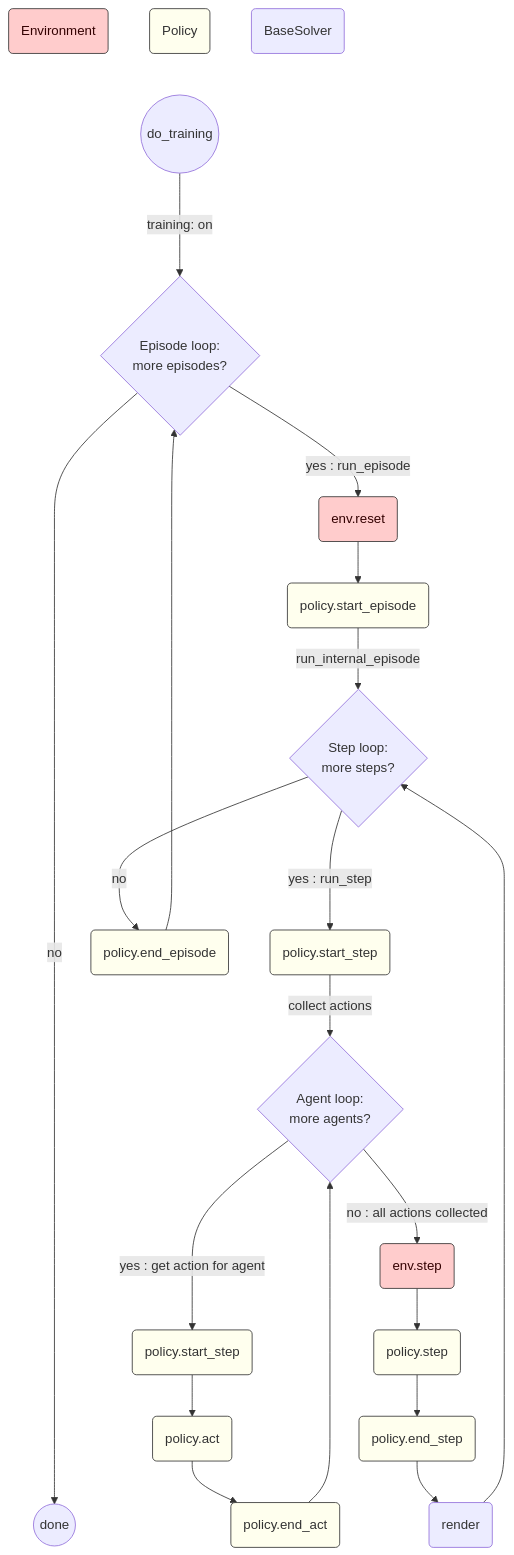
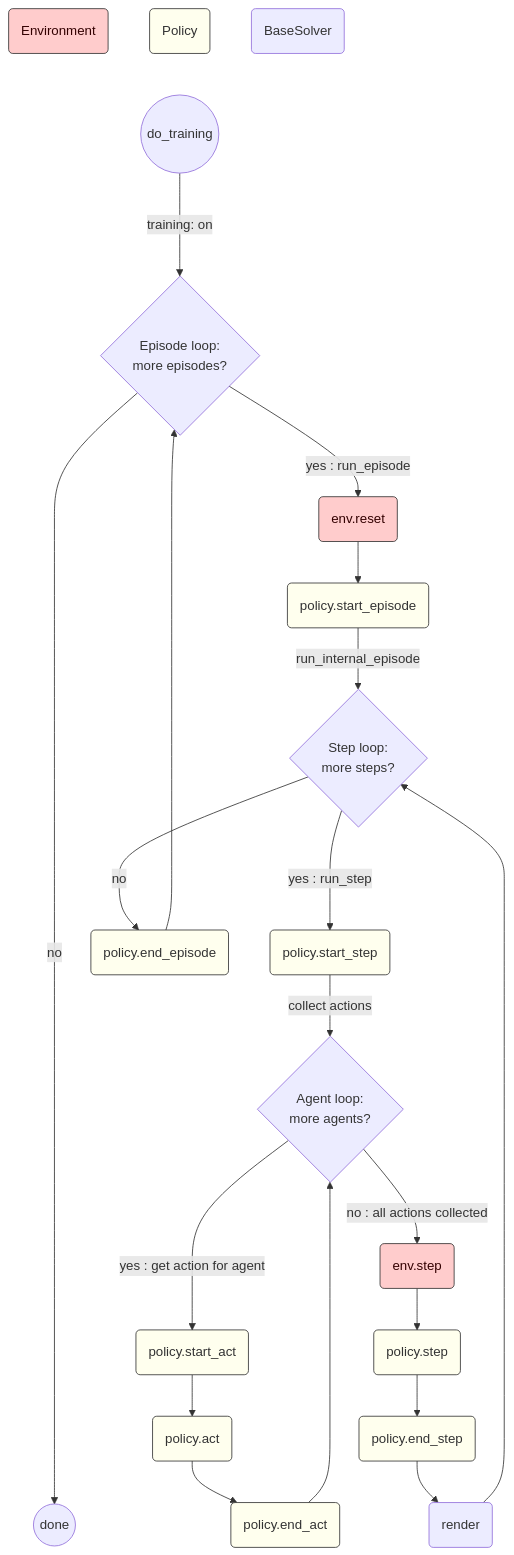
Before and after one commit to aiAdrian/flatland_solver_policy: the third of 3 diagrams in README.md, drawn with Mermaid.

````diff
--- a/README.md
+++ b/README.md
@@ -115,42 +115,42 @@
 ```mermaid
 flowchart TD
     Env(Environment)
     Policy(Policy)
     Solver(BaseSolver)
     Policy ~~~ Root
     Root((do_training))
     Root ---> |training: on| C{Episode loop:\n more episodes?}
     C --------------> |no| End(( done ))
     C --> |yes : run_episode| D0(env.reset)
     D0 --> D2(policy.start_episode)
     D2 --> |run_internal_episode| E{Step loop:\n more steps?}
     F1 --> |collect actions| G{Agent loop:\n more agents?}
     E ---> |yes : run_step| F1(policy.start_step)
-    G --->  |yes : get action for agent| G1(policy.start_step)
+    G --->  |yes : get action for agent| G1(policy.start_act)
     G1 --> G2(policy.act)
     G2 --> G3(policy.end_act)
     G3 --> G
     G --> |no : all actions collected|F2(env.step)
     F2 --> F3(policy.step)
     F3 --> F4(policy.end_step)
     F6 --> E 
     F4 --> F6(render)
 
     E ---> |no| D4(policy.end_episode)
     D4 --> C
 
     
     style D2 fill:#ffe,stroke:#333,stroke-width:1px 
     style F1 fill:#ffe,stroke:#333,stroke-width:1px 
     style D4 fill:#ffe,stroke:#333,stroke-width:1px
     style G1 fill:#ffe,stroke:#333,stroke-width:1px 
     style G2 fill:#ffe,stroke:#333,stroke-width:1px 
     style G3 fill:#ffe,stroke:#333,stroke-width:1px 
     style F3 fill:#ffe,stroke:#333,stroke-width:1px 
     style F4 fill:#ffe,stroke:#333,stroke-width:1px 
 
     style Policy fill:#ffe,stroke:#333,stroke-width:1px 
     style D0 fill:#fcc,stroke:#333,stroke-width:1px,color:#300
     style F2 fill:#fcc,stroke:#333,stroke-width:1px,color:#300
     style Env fill:#fcc,stroke:#333,stroke-width:1px,color:#300        
 ```
````
